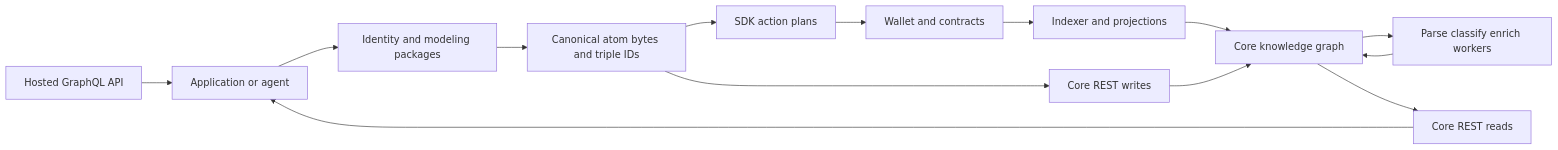
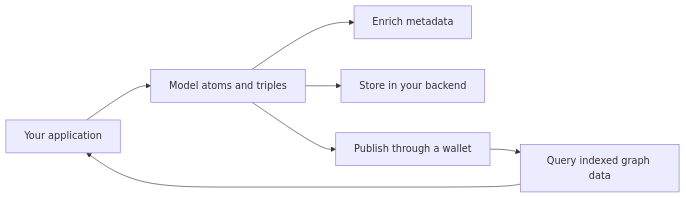
Before and after one commit to 0xIntuition/intuition-docs: the diagram in docs/_data/build/overview.md, drawn with Mermaid. The commit also changed other lines of this file and 77 other files, not shown here.

````diff
--- a/docs/_data/build/overview.md
+++ b/docs/_data/build/overview.md
@@ -33,16 +31,9 @@
 ```mermaid
 flowchart LR
-  A[Application or agent] --> B[Identity and modeling packages]
-  B --> C[Canonical atom bytes and triple IDs]
-  C --> D[Core REST writes]
-  C --> E[SDK action plans]
-  E --> F[Wallet and contracts]
-  F --> G[Indexer and projections]
-  G --> H[Core knowledge graph]
-  D --> H
-  H --> I[Parse classify enrich workers]
-  I --> H
-  H --> J[Core REST reads]
-  J --> A
-  K[Hosted GraphQL API] --> A
+  A[Your application] --> B[Model atoms and triples]
+  B --> C[Enrich metadata]
+  B --> D[Store in your backend]
+  B --> E[Publish through a wallet]
+  E --> F[Query indexed graph data]
+  F --> A
 ```
````
